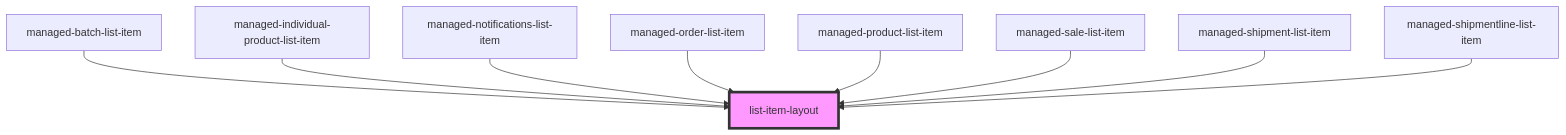
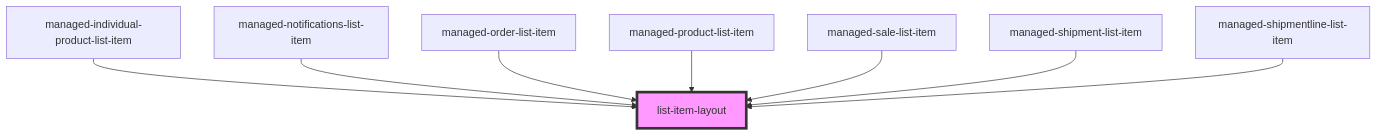
The diagram in pdm-web-components/src/components/list-item-layout/readme.md (PharmaLedger-IMI/fgt-workspace), drawn with Mermaid before and after one commit. The commit also changed other lines of this file and 3 other files, not shown here.

Commit message:
refs #51 managed batch list item now implements new layout

````diff
--- a/pdm-web-components/src/components/list-item-layout/readme.md
+++ b/pdm-web-components/src/components/list-item-layout/readme.md
@@ -33,12 +32,11 @@
 ```mermaid
 graph TD;
-  managed-batch-list-item --> list-item-layout
   managed-individual-product-list-item --> list-item-layout
   managed-notifications-list-item --> list-item-layout
   managed-order-list-item --> list-item-layout
   managed-product-list-item --> list-item-layout
   managed-sale-list-item --> list-item-layout
   managed-shipment-list-item --> list-item-layout
   managed-shipmentline-list-item --> list-item-layout
   style list-item-layout fill:#f9f,stroke:#333,stroke-width:4px
 ```
````
